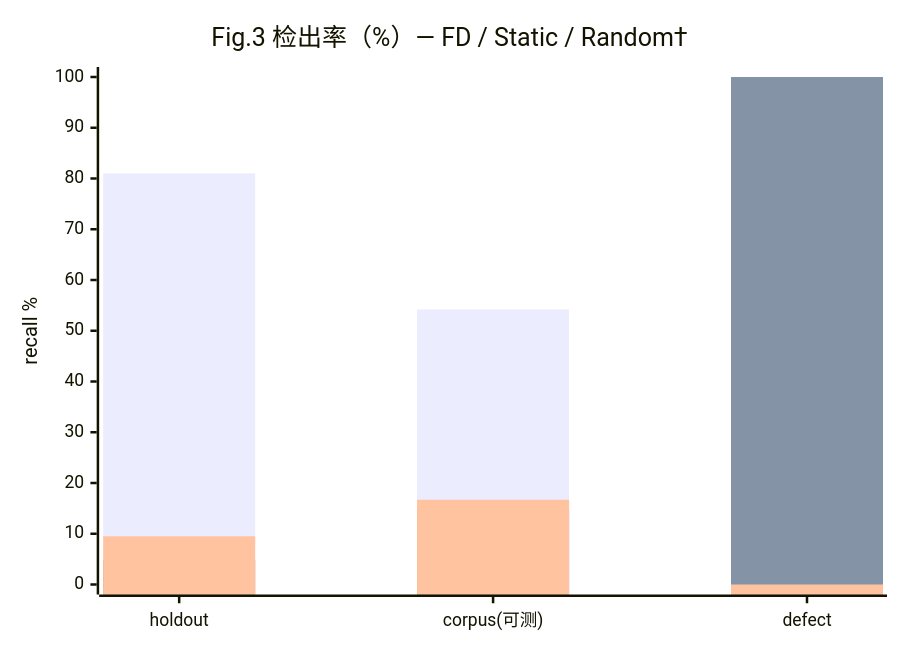
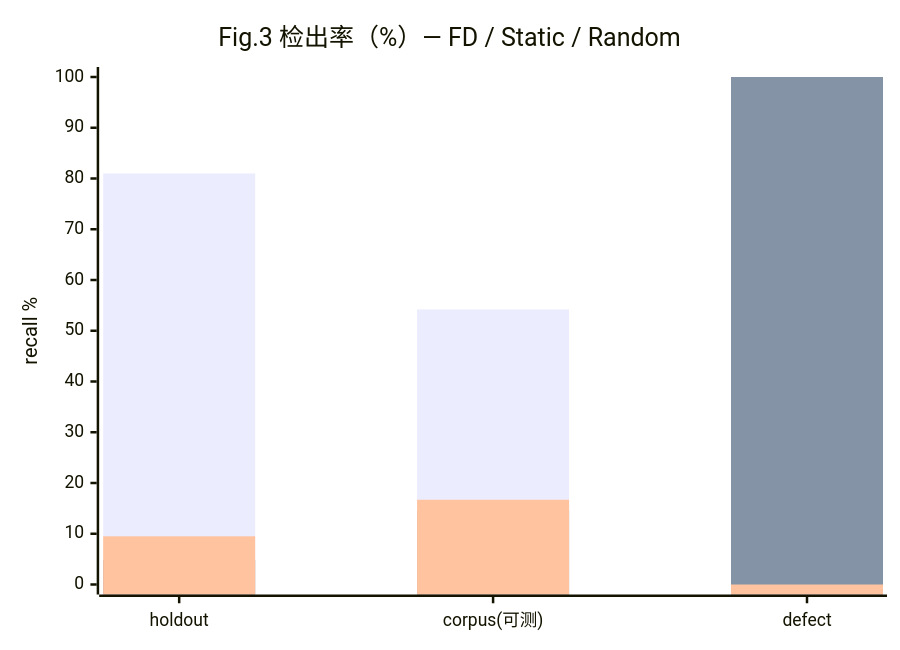
One commit to LiaoRanran/CPP-Bible changed the third of 4 diagrams in research/paper_v0.9.md. Above: the diagram before and after it, drawn with Mermaid. The commit also changed other lines of this file and 9 other files, not shown here.

````diff
--- a/research/paper_v0.9.md
+++ b/research/paper_v0.9.md
@@ -307,9 +307,9 @@
 ```mermaid
 xychart-beta
-    title "Fig.3 检出率（%）— FD / Static / Random†"
+    title "Fig.3 检出率（%）— FD / Static / Random"
     x-axis ["holdout", "corpus(可测)", "defect"]
     y-axis "recall %" 0 --> 100
     bar [81.0, 54.2, 100]
     bar [4.8, 14.6, 100]
     bar [9.5, 16.7, 0]
 ```
````
